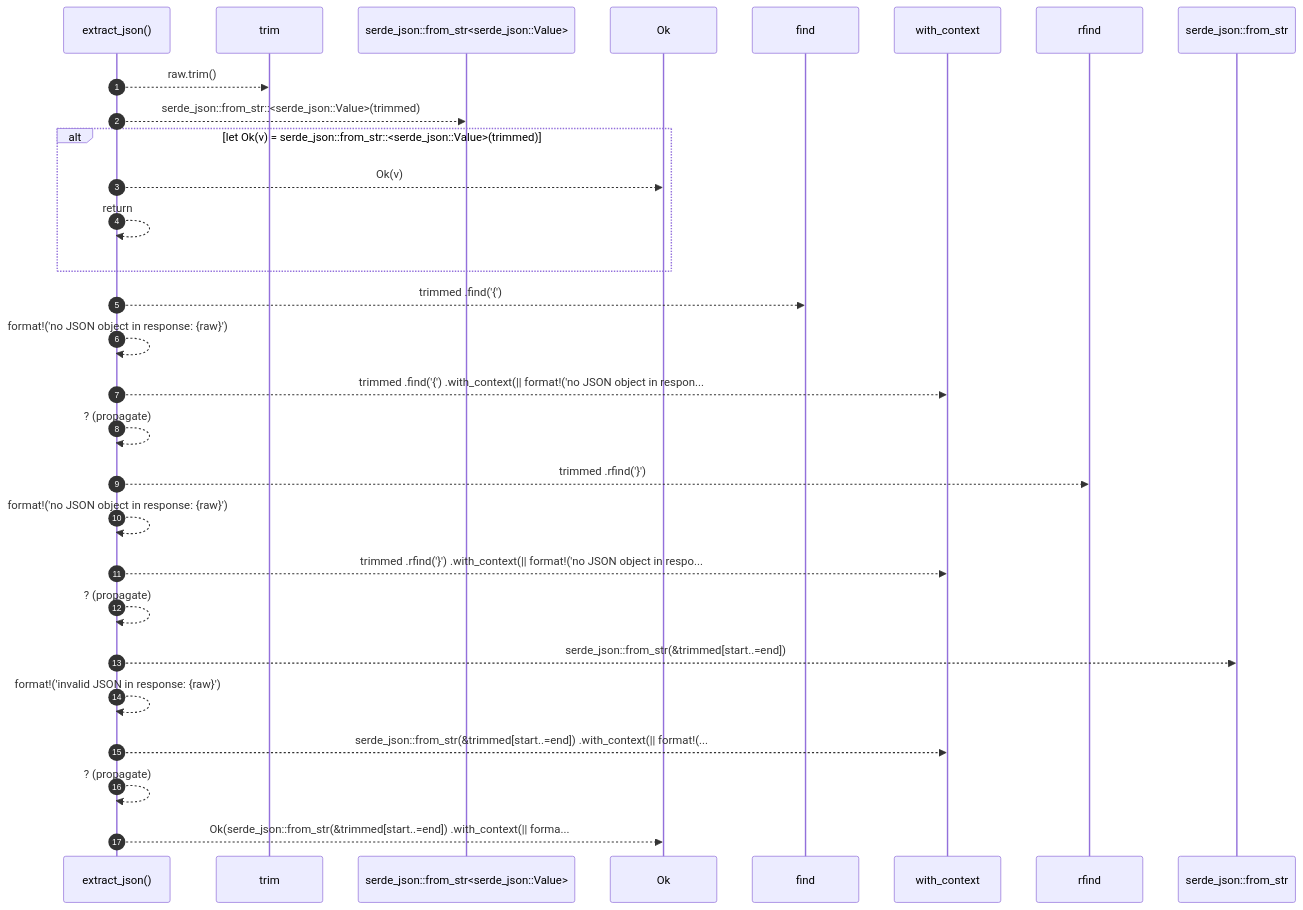
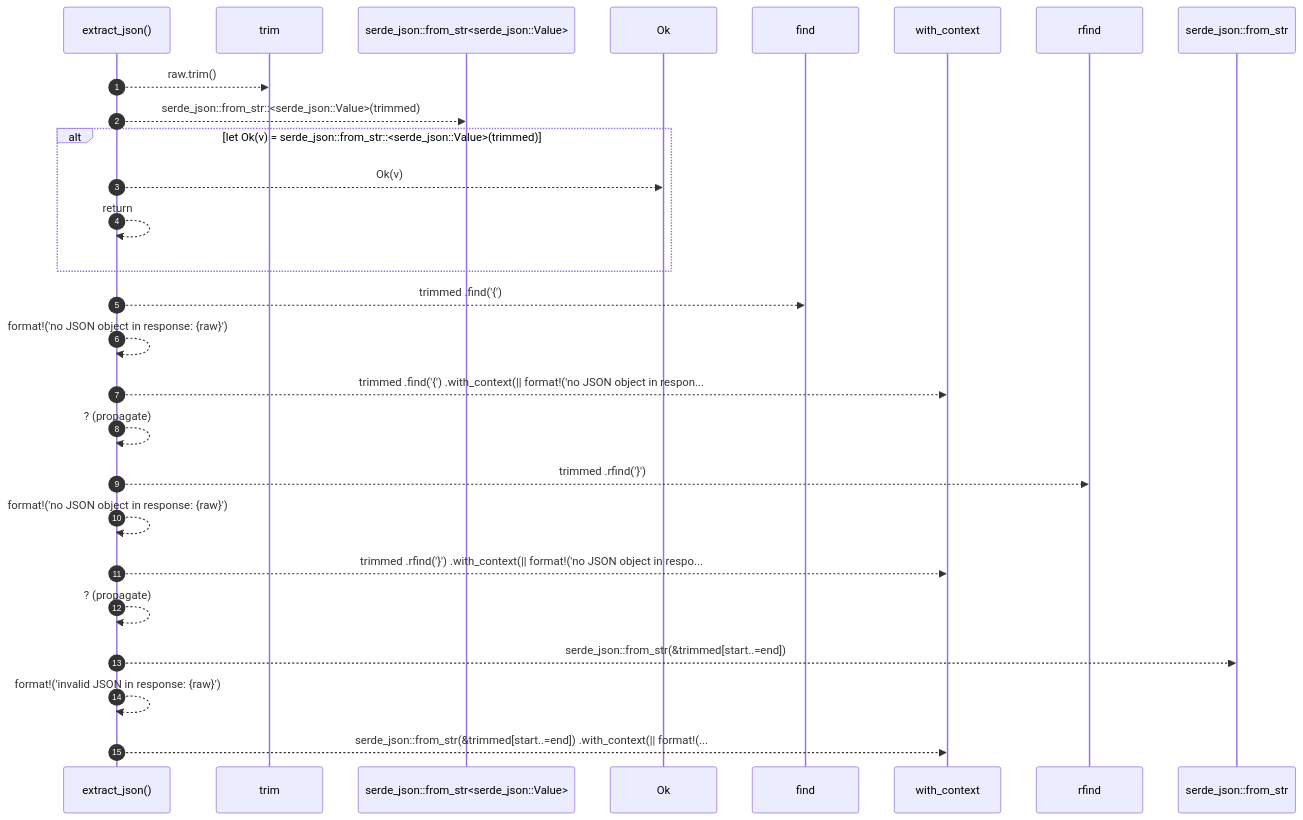
One commit to RyanGuild/self-describing-code changed the diagram in docs/self-model/robby_agent/model/extract-json.md. Above: the diagram before and after it, drawn with Mermaid. The commit also changed other lines of this file and 747 other files, not shown here.

````diff
--- a/docs/self-model/robby_agent/model/extract-json.md
+++ b/docs/self-model/robby_agent/model/extract-json.md
@@ -29,31 +29,29 @@
 ```mermaid
 sequenceDiagram
     autonumber
     participant extract_json as extract_json()
     participant trim as trim
     participant serde_json__from_str_serde_json__Value_ as serde_json::from_str<serde_json::Value>
     participant Ok as Ok
     participant find as find
     participant with_context as with_context
     participant rfind as rfind
     participant serde_json__from_str as serde_json::from_str
     extract_json-->>trim: raw.trim()
     extract_json-->>serde_json__from_str_serde_json__Value_: serde_json::from_str::<serde_json::Value>(trimmed)
     alt let Ok(v) = serde_json::from_str::<serde_json::Value>(trimmed)
     extract_json-->>Ok: Ok(v)
     extract_json-->>extract_json: return
     end
     extract_json-->>find: trimmed .find('{')
     extract_json-->>extract_json: format!('no JSON object in response: {raw}')
     extract_json-->>with_context: trimmed .find('{') .with_context(|| format!('no JSON object in respon...
     extract_json-->>extract_json: ? (propagate)
     extract_json-->>rfind: trimmed .rfind('}')
     extract_json-->>extract_json: format!('no JSON object in response: {raw}')
     extract_json-->>with_context: trimmed .rfind('}') .with_context(|| format!('no JSON object in respo...
     extract_json-->>extract_json: ? (propagate)
     extract_json-->>serde_json__from_str: serde_json::from_str(&trimmed[start..=end])
     extract_json-->>extract_json: format!('invalid JSON in response: {raw}')
     extract_json-->>with_context: serde_json::from_str(&trimmed[start..=end]) .with_context(|| format!(...
-    extract_json-->>extract_json: ? (propagate)
-    extract_json-->>Ok: Ok(serde_json::from_str(&trimmed[start..=end]) .with_context(|| forma...
 ```
````
